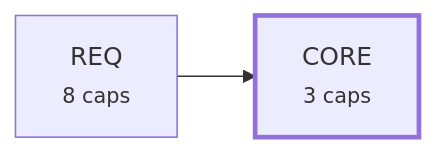
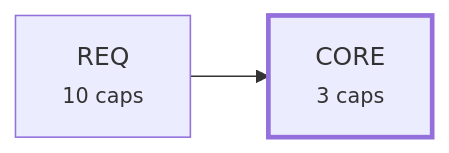
One commit to alxmax/Requirement-manager changed the third of 4 diagrams in plugin/requirements/_map.md. Above: the diagram before and after it, drawn with Mermaid. The commit also changed other lines of this file and 12 other files, not shown here.

````diff
--- a/plugin/requirements/_map.md
+++ b/plugin/requirements/_map.md
@@ -102,7 +118,7 @@
 ```mermaid
 graph LR
   a_CORE["CORE<br><small>3 caps</small>"]
-  a_REQ["REQ<br><small>8 caps</small>"]
+  a_REQ["REQ<br><small>10 caps</small>"]
   a_REQ --> a_CORE
   style a_CORE stroke-width:3px
 ```
````
